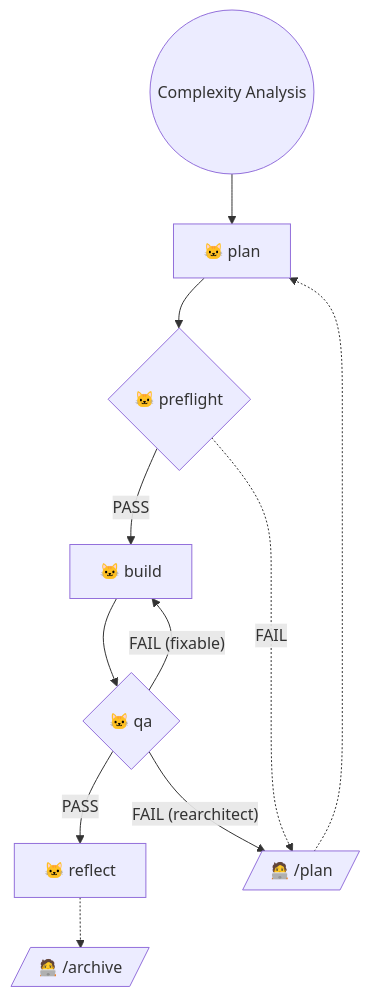
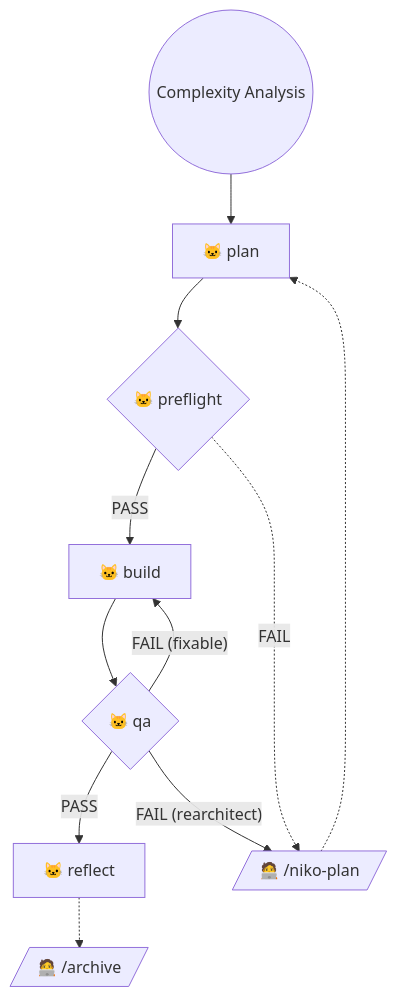
One commit to Texarkanine/.cursor-rules changed the diagram in rulesets/niko2/niko/level2/level2-workflow.mdc. Above: the diagram before and after it, drawn with Mermaid. The commit also changed 11 other files, not shown here.

````diff
--- a/rulesets/niko2/niko/level2/level2-workflow.mdc
+++ b/rulesets/niko2/niko/level2/level2-workflow.mdc
@@ -11,15 +11,15 @@
 ```mermaid
 graph TD
     Start(("Complexity Analysis")) --> NikoPlan["🐱 plan"]
     NikoPlan --> NikoPreflight{"🐱 preflight"}
     NikoPreflight -->|"PASS"| NikoBuild["🐱 build"]
-    NikoPreflight -.->|"FAIL"| ManualPlan[/"🧑‍💻 /plan"/]
+    NikoPreflight -.->|"FAIL"| ManualPlan[/"🧑‍💻 /niko-plan"/]
 
     NikoBuild --> NikoQA{"🐱 qa"}
     NikoQA -->|"PASS"| NikoReflect["🐱 reflect"]
     NikoReflect -.-> ManualArchive[/"🧑‍💻 /archive"/]
     NikoQA -->|"FAIL (fixable)"| NikoBuild
     NikoQA -->|"FAIL (rearchitect)"| ManualPlan
 
     ManualPlan -.-> NikoPlan
 ```
````
